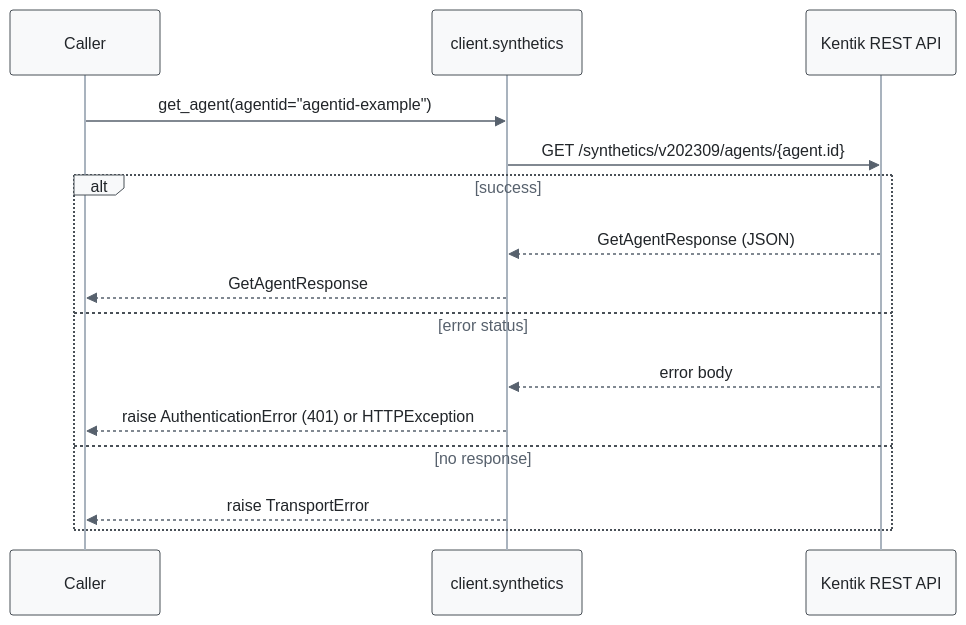
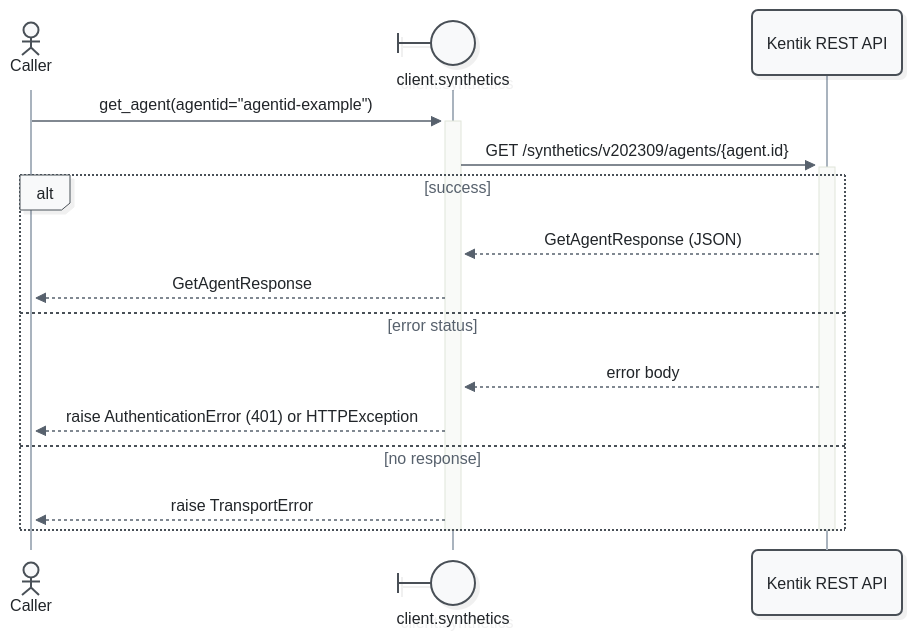
One commit to alexdearaujo/community_sdk_python changed diagram 13 of 37 in docs/sphinx/services/synthetics.md. Above: the diagram before and after it, drawn with Mermaid. The commit also changed other lines of this file and 52 other files, not shown here.

First line of the commit message:
docs: Mermaid 12 sequence diagrams with participant types and path colors

````diff
--- a/docs/sphinx/services/synthetics.md
+++ b/docs/sphinx/services/synthetics.md
@@ -497,19 +527,21 @@
 ```mermaid
-%%{init: {"theme": "base", "fontFamily": "ui-monospace, SFMono-Regular, Menlo, monospace", "themeVariables": {"fontFamily": "ui-monospace, SFMono-Regular, Menlo, monospace", "primaryColor": "#f8f9fa", "primaryBorderColor": "#495057", "primaryTextColor": "#212529", "textColor": "#212529", "lineColor": "#77818c", "edgeLabelBackground": "#ffffff", "actorBkg": "#f8f9fa", "actorBorder": "#495057", "actorTextColor": "#212529", "actorLineColor": "#a9b3be", "signalColor": "#57616d", "signalTextColor": "#212529", "labelBoxBkgColor": "#f8f9fa", "labelBoxBorderColor": "#495057", "labelTextColor": "#212529", "loopTextColor": "#57616d", "noteBkgColor": "#fff9db", "noteBorderColor": "#f08c00", "noteTextColor": "#a35a00"}, "flowchart": {"curve": "step", "nodeSpacing": 30, "rankSpacing": 70, "wrappingWidth": 400}}}%%
+%%{init: {"theme": "redux", "look": "neo", "layout": "dagre", "fontFamily": "ui-monospace, SFMono-Regular, Menlo, monospace", "themeVariables": {"fontFamily": "ui-monospace, SFMono-Regular, Menlo, monospace", "primaryColor": "#f8f9fa", "primaryBorderColor": "#495057", "primaryTextColor": "#212529", "textColor": "#212529", "lineColor": "#77818c", "edgeLabelBackground": "#ffffff", "actorBkg": "#f8f9fa", "actorBorder": "#495057", "actorTextColor": "#212529", "actorLineColor": "#a9b3be", "signalColor": "#57616d", "signalTextColor": "#212529", "labelBoxBkgColor": "#f8f9fa", "labelBoxBorderColor": "#495057", "labelTextColor": "#212529", "loopTextColor": "#57616d", "noteBkgColor": "#fff9db", "noteBorderColor": "#f08c00", "noteTextColor": "#a35a00"}, "sequence": {"activationWidth": 16}, "flowchart": {"curve": "step", "nodeSpacing": 30, "rankSpacing": 70, "wrappingWidth": 400}}}%%
 sequenceDiagram
-    participant C as Caller
-    participant W as client.synthetics
+    actor C as Caller
+    participant W@{ "type": "boundary" } as client.synthetics
     participant API as Kentik REST API
 
-    C->>W: get_agent(agentid="agentid-example")
-    W->>API: GET /synthetics/v202309/agents/{agent.id}
+    C->>+W: get_agent(agentid="agentid-example")
+    W->>+API: GET /synthetics/v202309/agents/{agent.id}
     alt success
         API-->>W: GetAgentResponse (JSON)
         W-->>C: GetAgentResponse
     else error status
         API-->>W: error body
         W-->>C: raise AuthenticationError (401) or HTTPException
     else no response
         W-->>C: raise TransportError
     end
+    deactivate API
+    deactivate W
 ```
````
